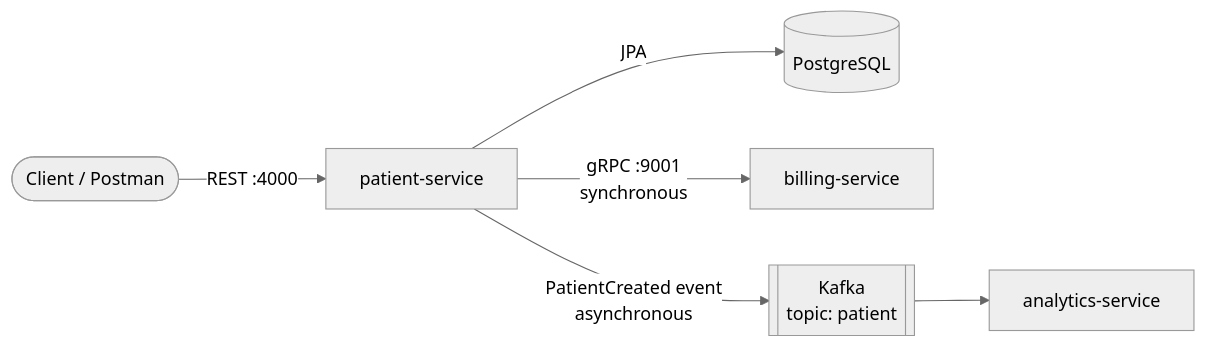
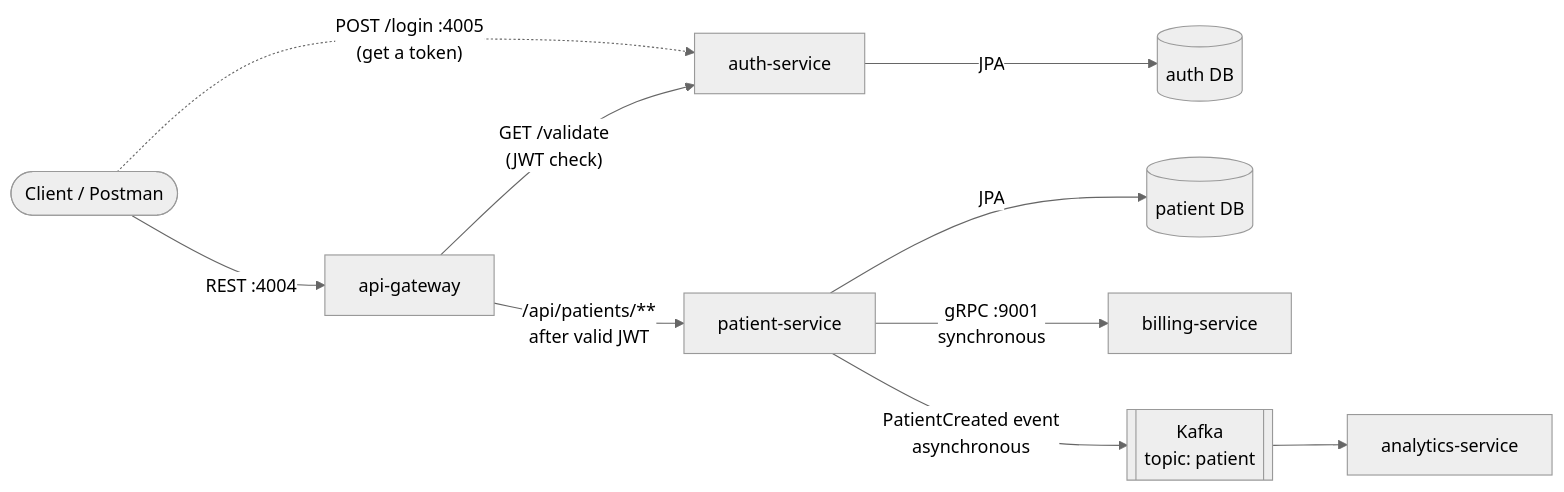
One commit to anilsingaria/patient-management changed the diagram in README.md. Above: the diagram before and after it, drawn with Mermaid (neutral theme). The commit also changed other lines of this file and 29 other files, not shown here.

Commit message:
Add API gateway with JWT validation and auth-service; update README

````diff
--- a/README.md
+++ b/README.md
@@ -16,8 +18,12 @@
 ```mermaid
 flowchart LR
-    Client([Client / Postman]) -->|REST :4000| PS[patient-service]
-    PS -->|JPA| DB[(PostgreSQL)]
+    Client([Client / Postman]) -->|REST :4004| GW[api-gateway]
+    GW -->|"GET /validate<br/>(JWT check)"| AUTH[auth-service]
+    AUTH -->|JPA| ADB[(auth DB)]
+    GW -->|"/api/patients/**<br/>after valid JWT"| PS[patient-service]
+    PS -->|JPA| PDB[(patient DB)]
     PS -->|gRPC :9001<br/>synchronous| BS[billing-service]
     PS -->|PatientCreated event<br/>asynchronous| K[[Kafka<br/>topic: patient]]
     K --> AS[analytics-service]
+    Client -.->|"POST /login :4005<br/>(get a token)"| AUTH
 ```
````
